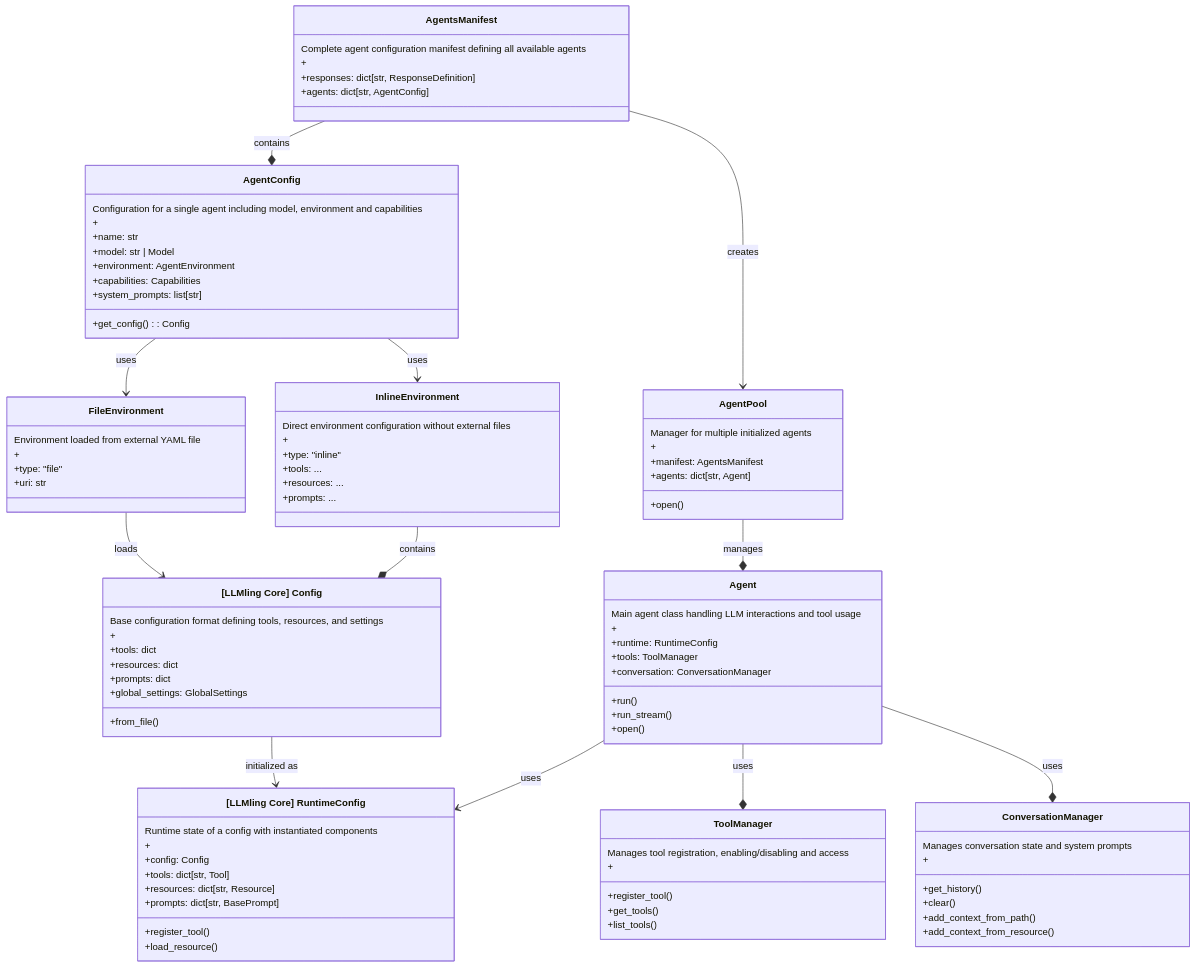
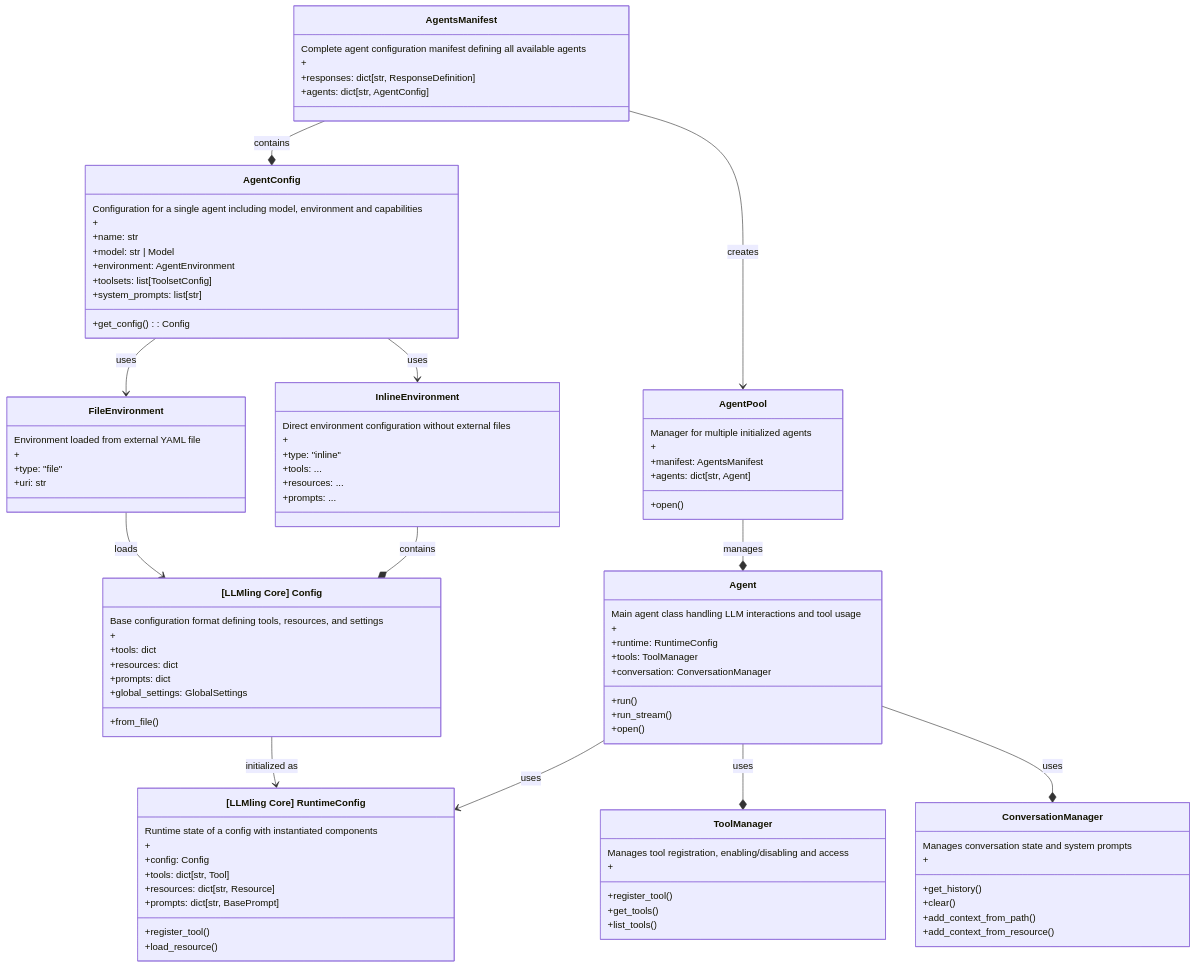
Before and after one commit to phil65/llmling-agent: the diagram in README.md, drawn with Mermaid. The commit also changed other lines of this file and 31 other files, not shown here.

Commit message:
chore: capabilities -> toolsets

```diff
--- a/README.md
+++ b/README.md
@@ -803,7 +799,7 @@
         +name: str
         +model: str | Model
         +environment: AgentEnvironment
-        +capabilities: Capabilities
+        +toolsets: list[ToolsetConfig]
         +system_prompts: list[str]
         +get_config(): Config
     }
```
